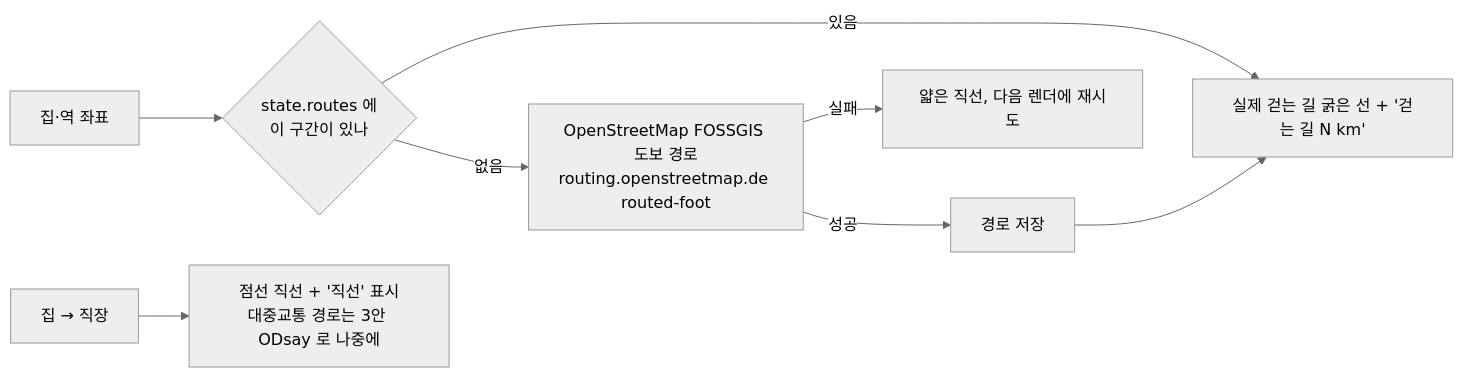
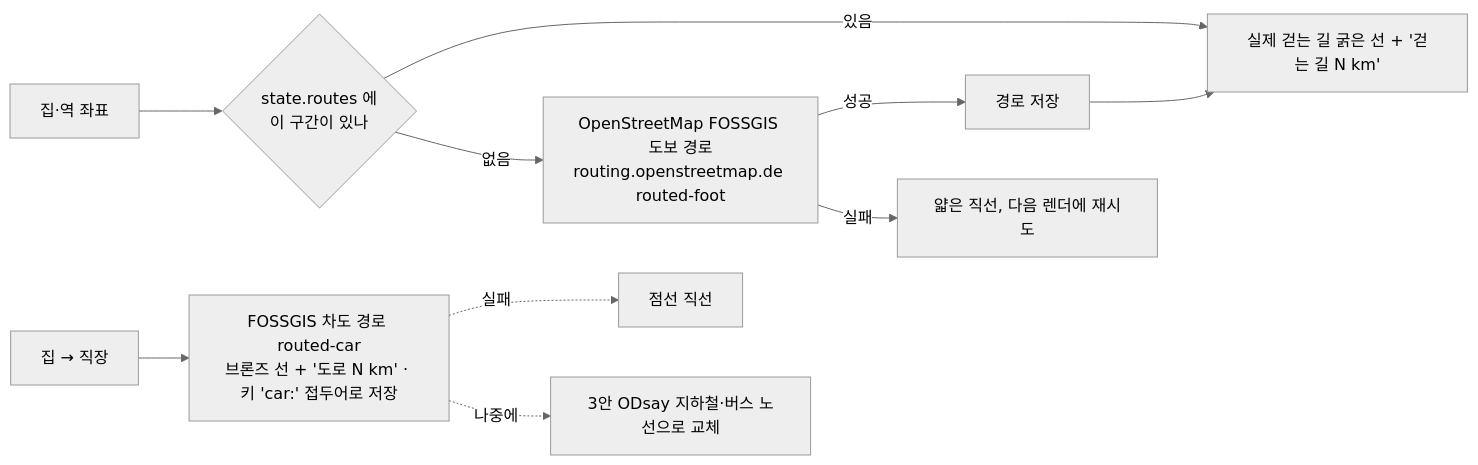
Before and after one commit to DioneLee/suitable-home: the second of 2 diagrams in docs/design/입지지도.md, drawn with Mermaid (neutral theme). The commit also changed other lines of this file and 1 other file, not shown here.

Commit message:
feat: 입지 지도 집→직장 도로 경로
- OpenStreetMap FOSSGIS 차도 경로로 직장까지 도로를 따라 그리고 거리 표시
- 실패 시 점선 직선으로 대체, 지하철·버스 노선은 추후(ODsay)

````diff
--- a/docs/design/입지지도.md
+++ b/docs/design/입지지도.md
@@ -24,9 +24,11 @@
 ```mermaid
 flowchart LR
   A[집·역 좌표] --> B{state.routes 에<br/>이 구간이 있나}
   B -- 있음 --> D[실제 걷는 길 굵은 선 + '걷는 길 N km']
   B -- 없음 --> C[OpenStreetMap FOSSGIS 도보 경로<br/>routing.openstreetmap.de routed-foot]
   C -- 성공 --> S[경로 저장] --> D
   C -- 실패 --> E[얇은 직선, 다음 렌더에 재시도]
-  W[집 → 직장] --> F[점선 직선 + '직선' 표시<br/>대중교통 경로는 3안 ODsay 로 나중에]
+  W[집 → 직장] --> G[FOSSGIS 차도 경로 routed-car<br/>브론즈 선 + '도로 N km' · 키 'car:' 접두어로 저장]
+  G -. 실패 .-> F[점선 직선]
+  G -. 나중에 .-> H[3안 ODsay 지하철·버스 노선으로 교체]
 ```
````
